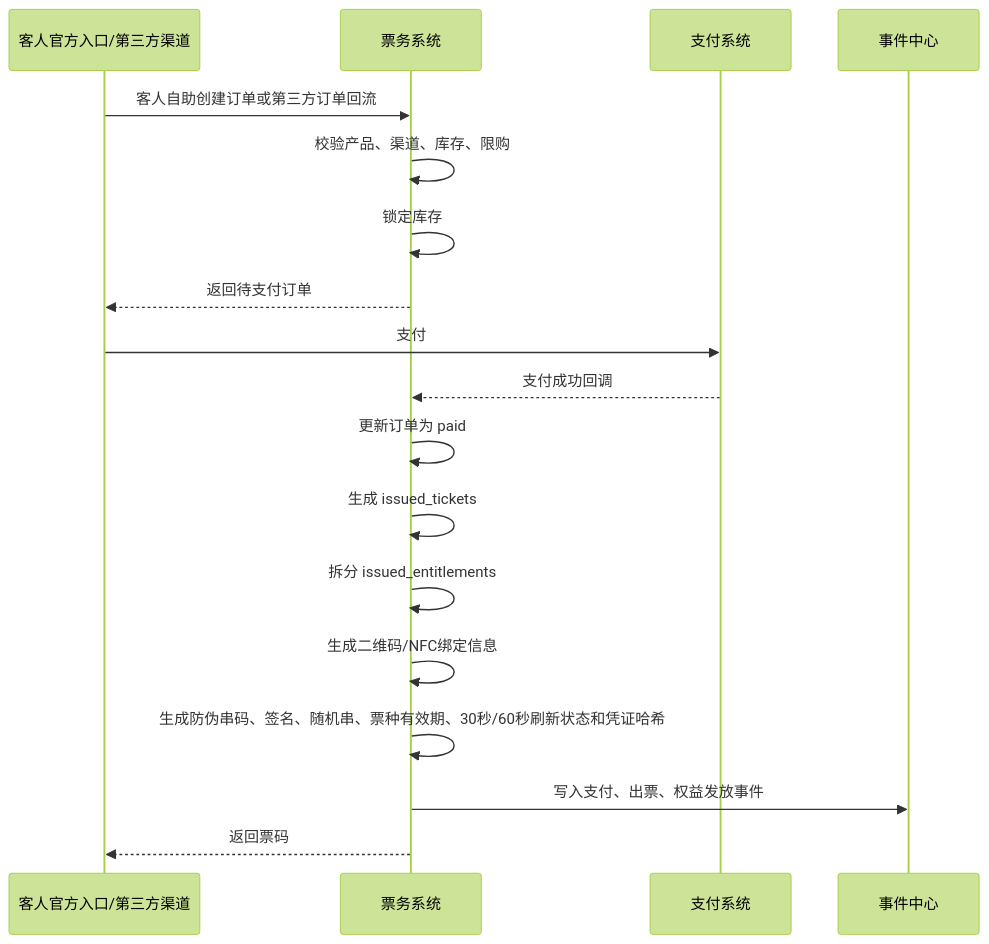
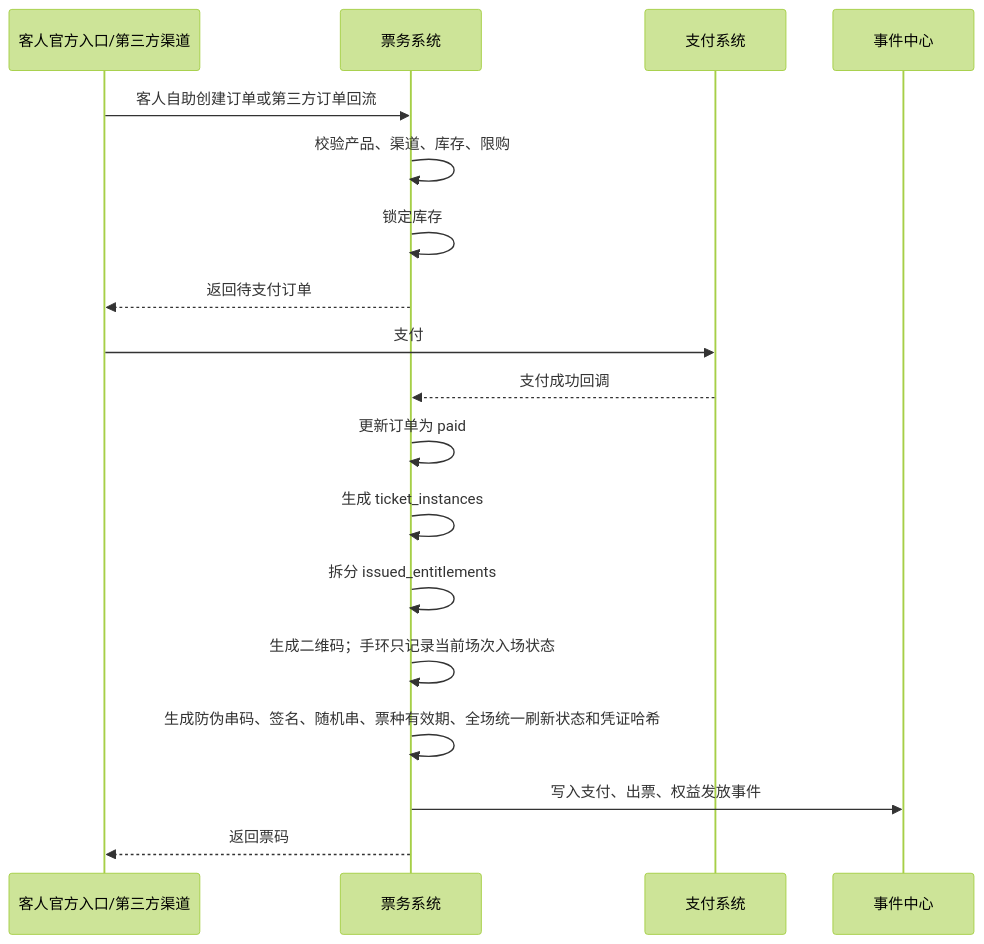
The third of 4 diagrams in docs/ticketing-pass-entitlement-development-design.md (jxh1979/mall), drawn with Mermaid (forest theme) before and after one commit. The commit also changed other lines of this file and 5 other files, not shown here.

````diff
--- a/docs/ticketing-pass-entitlement-development-design.md
+++ b/docs/ticketing-pass-entitlement-development-design.md
@@ -317,20 +333,20 @@
 ```mermaid
 sequenceDiagram
     participant C as 客人官方入口/第三方渠道
     participant T as 票务系统
     participant P as 支付系统
     participant E as 事件中心
     C->>T: 客人自助创建订单或第三方订单回流
     T->>T: 校验产品、渠道、库存、限购
     T->>T: 锁定库存
     T-->>C: 返回待支付订单
     C->>P: 支付
     P-->>T: 支付成功回调
     T->>T: 更新订单为 paid
-    T->>T: 生成 issued_tickets
+    T->>T: 生成 ticket_instances
     T->>T: 拆分 issued_entitlements
-    T->>T: 生成二维码/NFC绑定信息
-    T->>T: 生成防伪串码、签名、随机串、票种有效期、30秒/60秒刷新状态和凭证哈希
+    T->>T: 生成二维码；手环只记录当前场次入场状态
+    T->>T: 生成防伪串码、签名、随机串、票种有效期、全场统一刷新状态和凭证哈希
     T->>E: 写入支付、出票、权益发放事件
     T-->>C: 返回票码
 ```
````
